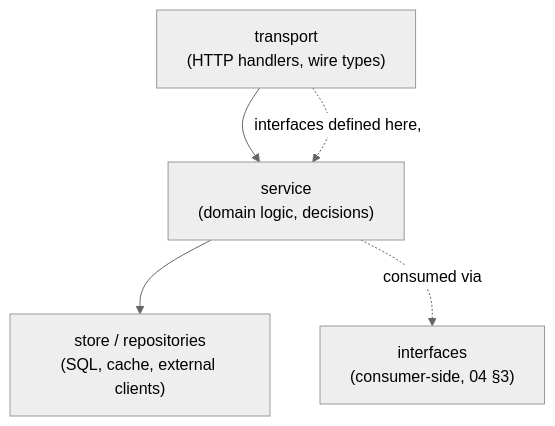
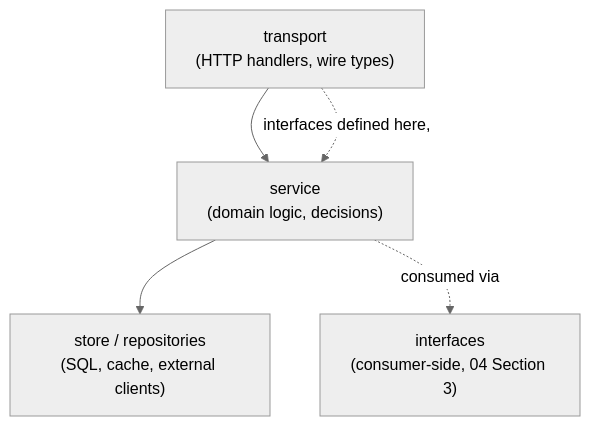
Before and after one commit to TharunKumarReddyPolu/Go-Handbook-for-Software-Engineers: the first of 2 diagrams in 14-backend-development/01-service-layout.md, drawn with Mermaid (neutral theme). The commit also changed other lines of this file and 106 other files, not shown here.

````diff
--- a/14-backend-development/01-service-layout.md
+++ b/14-backend-development/01-service-layout.md
@@ -18,7 +18,7 @@
 ```mermaid
 flowchart TD
     T["transport<br/>(HTTP handlers, wire types)"] --> S["service<br/>(domain logic, decisions)"]
     S --> D["store / repositories<br/>(SQL, cache, external clients)"]
     T -.->|"interfaces defined here,"| S
-    S -.->|"consumed via"| I["interfaces<br/>(consumer-side, 04 §3)"]
+    S -.->|"consumed via"| I["interfaces<br/>(consumer-side, 04 Section 3)"]
 ```
````
